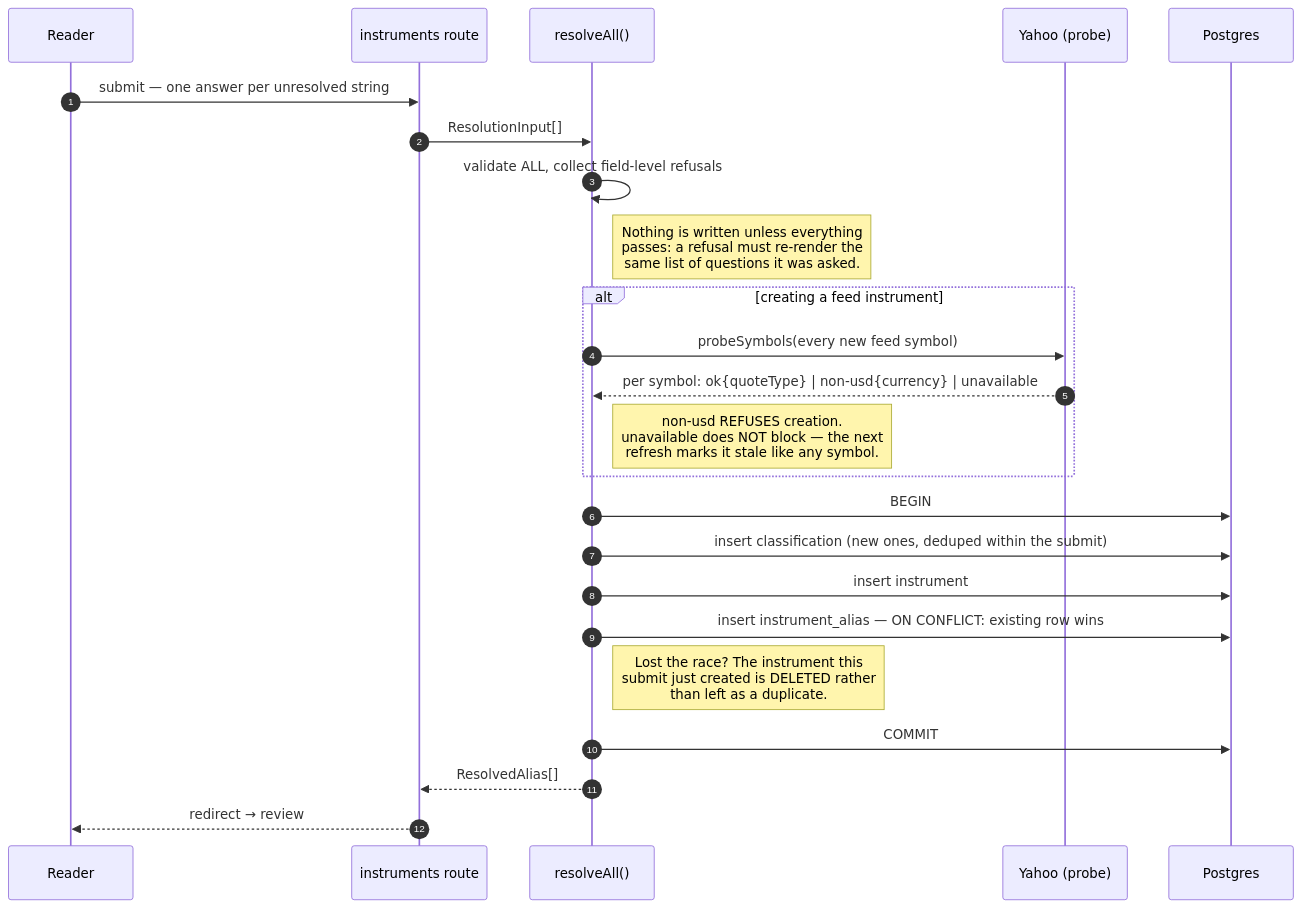
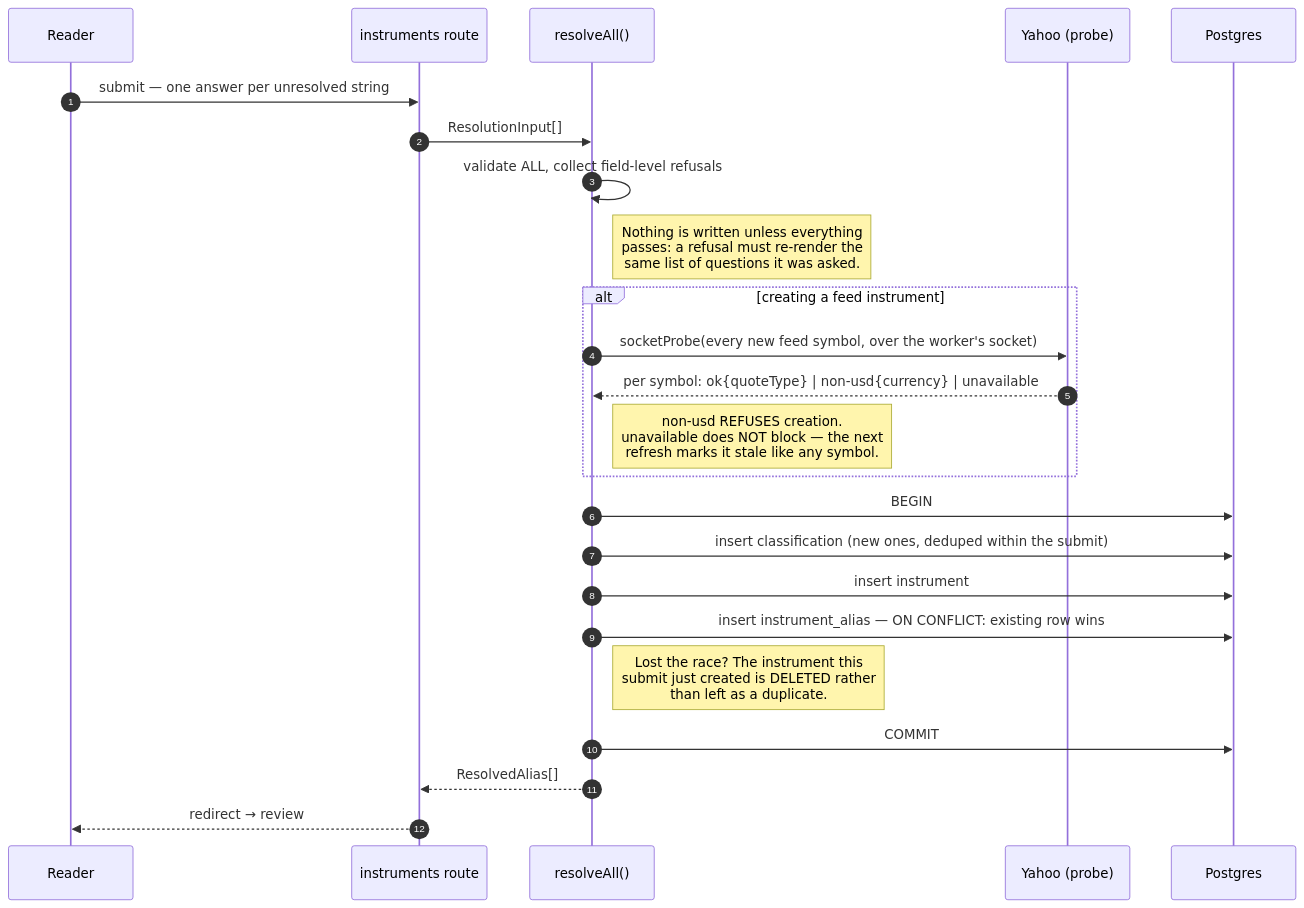
One commit to chethan123/portfolio changed the eighth of 11 diagrams in ARCHITECTURE.md. Above: the diagram before and after it, drawn with Mermaid. The commit also changed 6 other files, not shown here.

````diff
--- a/ARCHITECTURE.md
+++ b/ARCHITECTURE.md
@@ -1011,27 +1011,27 @@
 ```mermaid
 sequenceDiagram
     autonumber
     participant U as Reader
     participant R as instruments route
     participant IR as resolveAll()
     participant Y as Yahoo (probe)
     participant PG as Postgres
 
     U->>R: submit — one answer per unresolved string
     R->>IR: ResolutionInput[]
     IR->>IR: validate ALL, collect field-level refusals
     Note right of IR: Nothing is written unless everything<br/>passes: a refusal must re-render the<br/>same list of questions it was asked.
     alt creating a feed instrument
-        IR->>Y: probeSymbols(every new feed symbol)
+        IR->>Y: socketProbe(every new feed symbol, over the worker's socket)
         Y-->>IR: per symbol: ok{quoteType} | non-usd{currency} | unavailable
         Note right of IR: non-usd REFUSES creation.<br/>unavailable does NOT block — the next<br/>refresh marks it stale like any symbol.
     end
     IR->>PG: BEGIN
     IR->>PG: insert classification (new ones, deduped within the submit)
     IR->>PG: insert instrument
     IR->>PG: insert instrument_alias — ON CONFLICT: existing row wins
     Note right of IR: Lost the race? The instrument this<br/>submit just created is DELETED rather<br/>than left as a duplicate.
     IR->>PG: COMMIT
     IR-->>R: ResolvedAlias[]
     R-->>U: redirect → review
 ```
````
